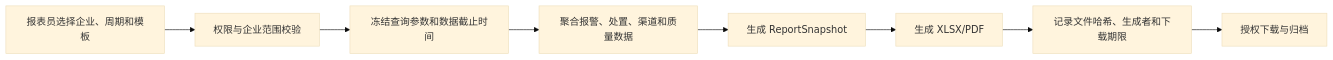
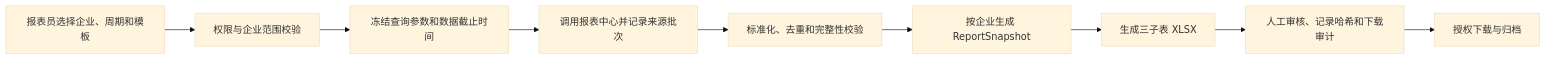
Before and after one commit to hyh204511-create/san-ke-yi-wei-alarm-assistant: the diagram in docs/product/数据展示日报月报与导出规划.md, drawn with Mermaid (base theme). The commit also changed other lines of this file, not shown here.

First line of the commit message:
Define report and controlled action implementation plan

````diff
--- a/docs/product/数据展示日报月报与导出规划.md
+++ b/docs/product/数据展示日报月报与导出规划.md
@@ -58,10 +85,11 @@
 ```mermaid
 flowchart LR
     A["报表员选择企业、周期和模板"] --> B["权限与企业范围校验"]
     B --> C["冻结查询参数和数据截止时间"]
-    C --> D["聚合报警、处置、渠道和质量数据"]
-    D --> E["生成 ReportSnapshot"]
-    E --> F["生成 XLSX/PDF"]
-    F --> G["记录文件哈希、生成者和下载期限"]
-    G --> H["授权下载与归档"]
+    C --> D["调用报表中心并记录来源批次"]
+    D --> E["标准化、去重和完整性校验"]
+    E --> F["按企业生成 ReportSnapshot"]
+    F --> G["生成三子表 XLSX"]
+    G --> H["人工审核、记录哈希和下载审计"]
+    H --> I["授权下载与归档"]
 ```
````
